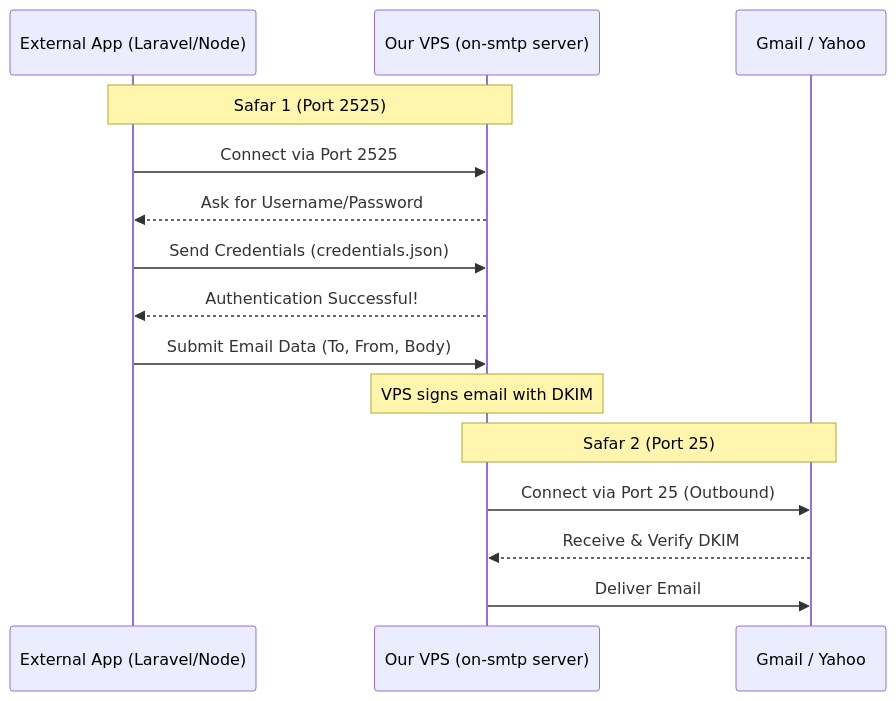
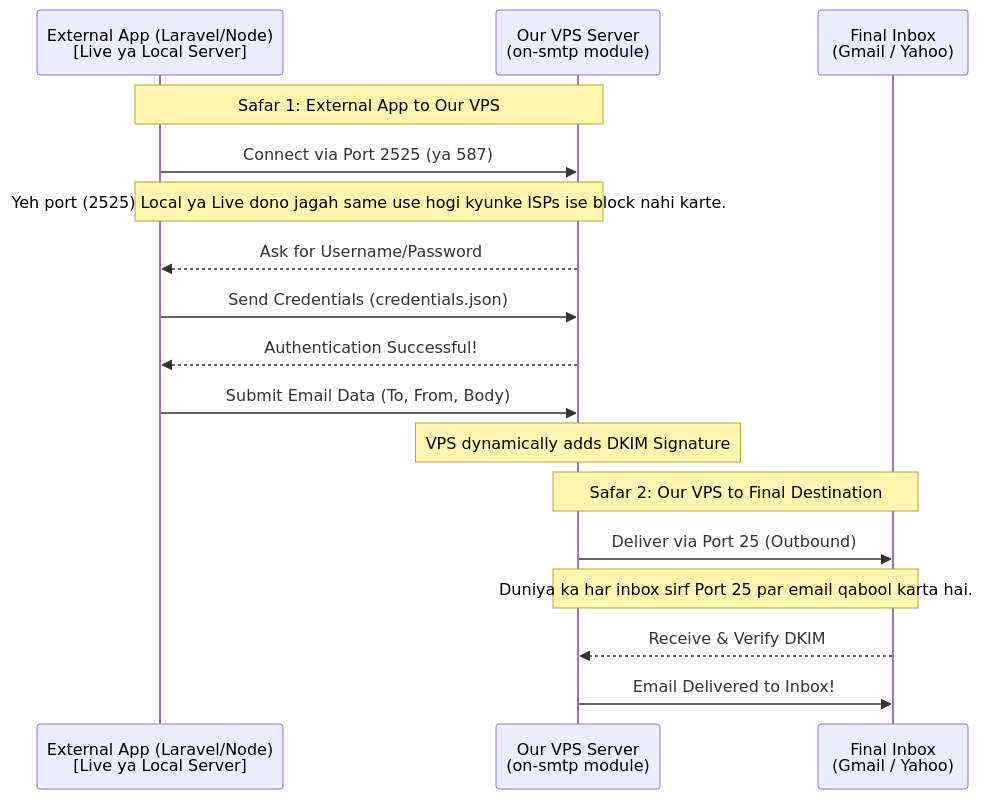
Before and after one commit to HassanAmeer/temp-email-vps: the diagram in doc-flow/on-smtp-flow.md, drawn with Mermaid. The commit also changed 1 other file, not shown here.

Commit message:
docs: make flowcharts more explicit about live/local environments and ports

````diff
--- a/doc-flow/on-smtp-flow.md
+++ b/doc-flow/on-smtp-flow.md
@@ -20,20 +20,22 @@
 ```mermaid
 sequenceDiagram
-    participant App as External App (Laravel/Node)
-    participant VPS as Our VPS (on-smtp server)
-    participant Dest as Gmail / Yahoo
+    participant App as External App (Laravel/Node)<br/>[Live ya Local Server]
+    participant VPS as Our VPS Server<br/>(on-smtp module)
+    participant Dest as Final Inbox<br/>(Gmail / Yahoo)
 
-    Note over App,VPS: Safar 1 (Port 2525)
-    App->>VPS: Connect via Port 2525
+    Note over App,VPS: Safar 1: External App to Our VPS
+    App->>VPS: Connect via Port 2525 (ya 587)
+    Note over App,VPS: Yeh port (2525) Local ya Live dono jagah same use hogi kyunke ISPs ise block nahi karte.
     VPS-->>App: Ask for Username/Password
     App->>VPS: Send Credentials (credentials.json)
     VPS-->>App: Authentication Successful!
     App->>VPS: Submit Email Data (To, From, Body)
     
-    Note over VPS: VPS signs email with DKIM
+    Note over VPS: VPS dynamically adds DKIM Signature
     
-    Note over VPS,Dest: Safar 2 (Port 25)
-    VPS->>Dest: Connect via Port 25 (Outbound)
+    Note over VPS,Dest: Safar 2: Our VPS to Final Destination
+    VPS->>Dest: Deliver via Port 25 (Outbound)
+    Note over VPS,Dest: Duniya ka har inbox sirf Port 25 par email qabool karta hai.
     Dest-->>VPS: Receive & Verify DKIM
-    VPS->>Dest: Deliver Email
+    VPS->>Dest: Email Delivered to Inbox!
 ```
````
